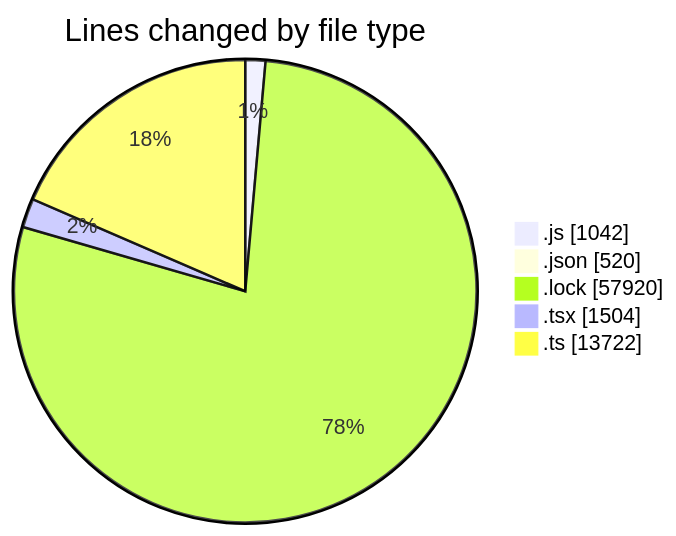
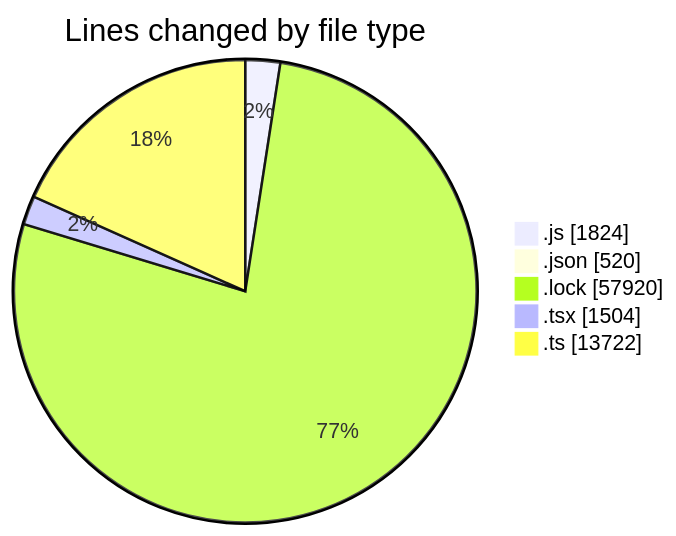
One commit to momahboobian/code-tracking changed the first of 2 diagrams in 2025-12-18/cda/README.md. Above: the diagram before and after it, drawn with Mermaid. The commit also changed other lines of this file and 1 other file, not shown here.

````diff
--- a/2025-12-18/cda/README.md
+++ b/2025-12-18/cda/README.md
@@ -48,9 +60,9 @@
 ```mermaid
 pie showData
 title Lines changed by file type
-".js" : 1042
+".js" : 1824
 ".json" : 520
 ".lock" : 57920
 ".tsx" : 1504
 ".ts" : 13722
 ```
````
